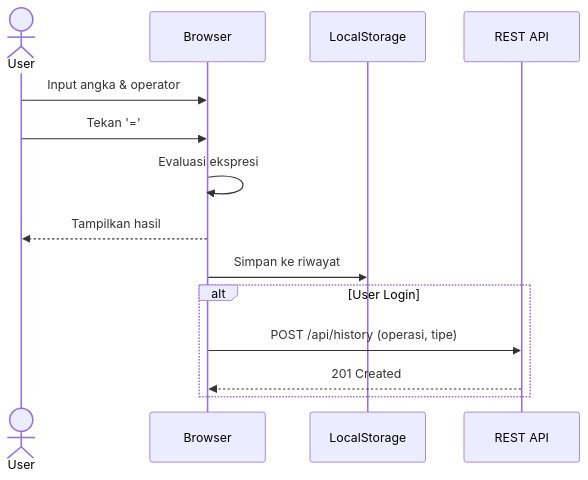
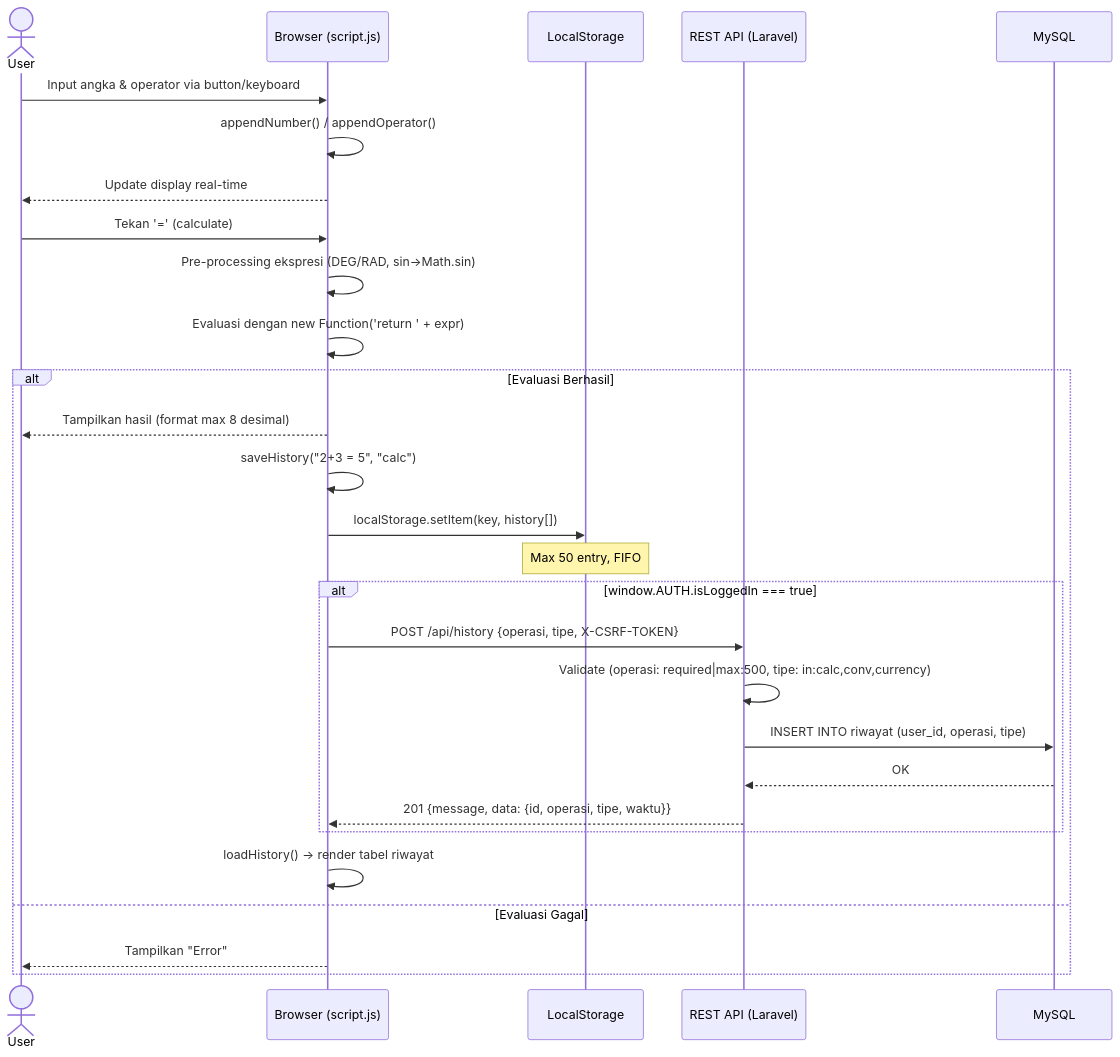
Before and after one commit to falcon-ioi/Caclcon: the fifth of 12 diagrams in e-concalc-web/README.md, drawn with Mermaid. The commit also changed other lines of this file, not shown here.

Commit message:
docs: add detailed sequence diagrams (6 flows: Calculator, Login, Google OAuth, Register, Currency, History)

````diff
--- a/e-concalc-web/README.md
+++ b/e-concalc-web/README.md
@@ -191,17 +191,35 @@
 ```mermaid
 sequenceDiagram
     actor User
-    participant Browser
-    participant LocalStorage
-    participant API as REST API
+    participant Browser as Browser (script.js)
+    participant LS as LocalStorage
+    participant API as REST API (Laravel)
+    participant DB as MySQL
 
-    User->>Browser: Input angka & operator
-    User->>Browser: Tekan '='
-    Browser->>Browser: Evaluasi ekspresi
-    Browser-->>User: Tampilkan hasil
-    Browser->>LocalStorage: Simpan ke riwayat
-    alt User Login
-        Browser->>API: POST /api/history (operasi, tipe)
-        API-->>Browser: 201 Created
+    User->>Browser: Input angka & operator via button/keyboard
+    Browser->>Browser: appendNumber() / appendOperator()
+    Browser-->>User: Update display real-time
+
+    User->>Browser: Tekan '=' (calculate)
+    Browser->>Browser: Pre-processing ekspresi (DEG/RAD, sin→Math.sin)
+    Browser->>Browser: Evaluasi dengan new Function('return ' + expr)
+
+    alt Evaluasi Berhasil
+        Browser-->>User: Tampilkan hasil (format max 8 desimal)
+        Browser->>Browser: saveHistory("2+3 = 5", "calc")
+        Browser->>LS: localStorage.setItem(key, history[])
+        Note over LS: Max 50 entry, FIFO
+
+        alt window.AUTH.isLoggedIn === true
+            Browser->>API: POST /api/history {operasi, tipe, X-CSRF-TOKEN}
+            API->>API: Validate (operasi: required|max:500, tipe: in:calc,conv,currency)
+            API->>DB: INSERT INTO riwayat (user_id, operasi, tipe)
+            DB-->>API: OK
+            API-->>Browser: 201 {message, data: {id, operasi, tipe, waktu}}
+        end
+
+        Browser->>Browser: loadHistory() → render tabel riwayat
+    else Evaluasi Gagal
+        Browser-->>User: Tampilkan "Error"
     end
 ```
````
